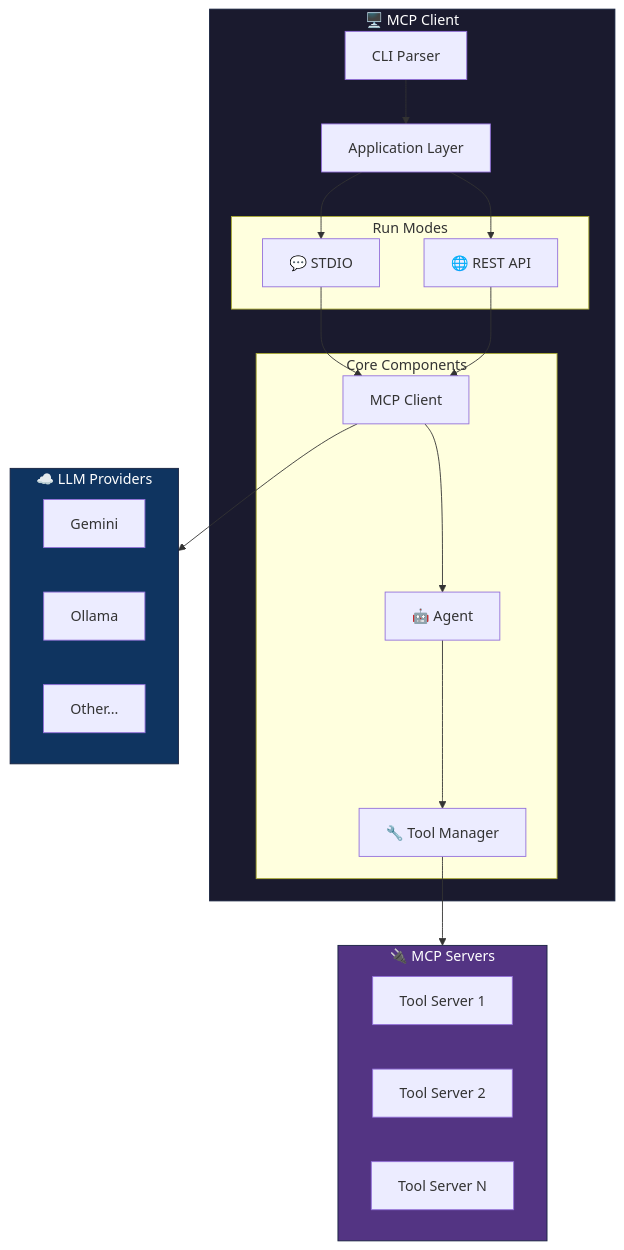
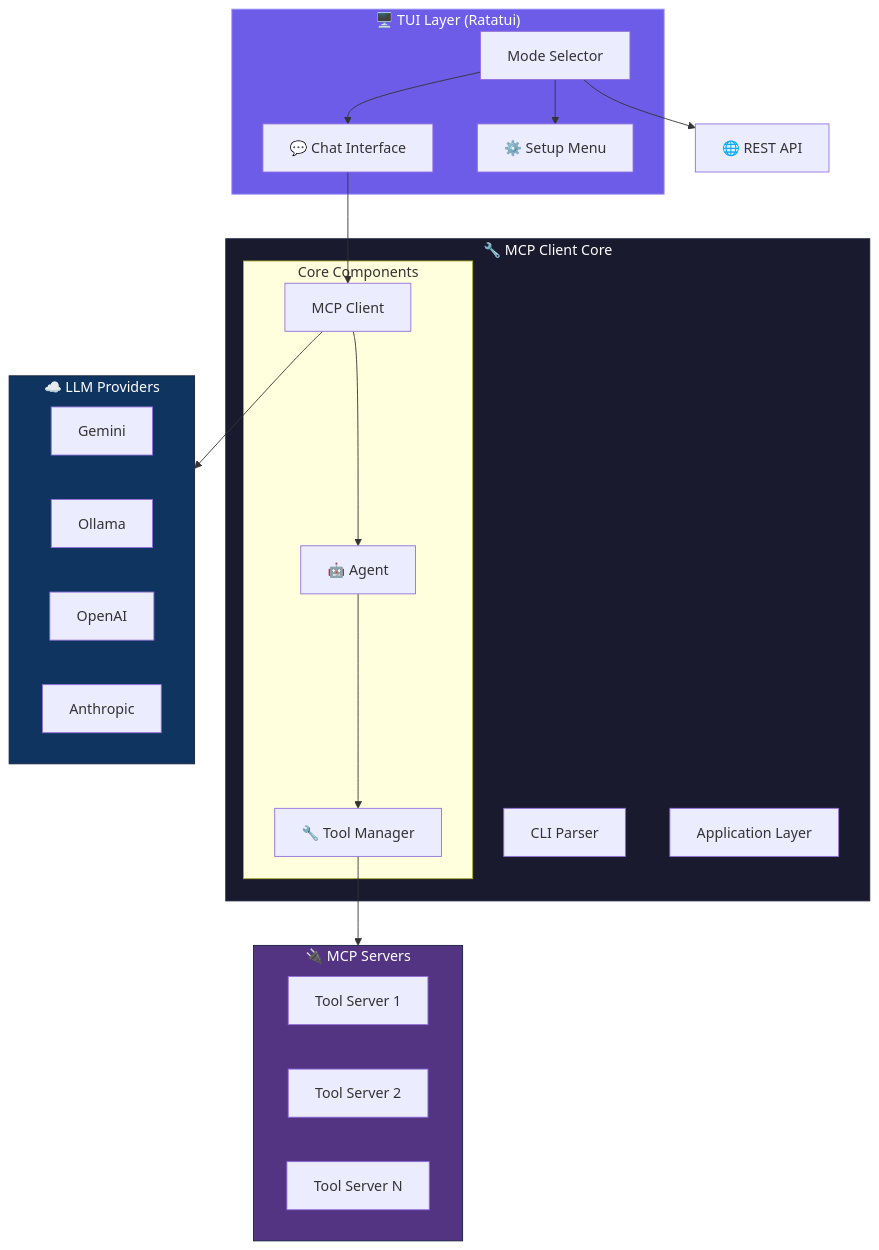
One commit to tsfarizi/antikhitera-mcp-client changed the first of 8 diagrams in README.md. Above: the diagram before and after it, drawn with Mermaid. The commit also changed other lines of this file and 1 other file, not shown here.

````diff
--- a/README.md
+++ b/README.md
@@ -36,44 +39,46 @@
 ```mermaid
 graph TB
-    subgraph Client["🖥️ MCP Client"]
+    subgraph TUI["🖥️ TUI Layer (Ratatui)"]
+        MENU["Mode Selector"]
+        CHAT["💬 Chat Interface"]
+        SETUP["⚙️ Setup Menu"]
+    end
+    
+    subgraph Client["🔧 MCP Client Core"]
         CLI["CLI Parser"]
         APP["Application Layer"]
-        
-        subgraph Modes["Run Modes"]
-            STDIO["💬 STDIO"]
-            REST["🌐 REST API"]
-        end
         
         subgraph Core["Core Components"]
             AGENT["🤖 Agent"]
             MCPC["MCP Client"]
             TOOL["🔧 Tool Manager"]
         end
     end
     
     subgraph Providers["☁️ LLM Providers"]
         GEMINI["Gemini"]
         OLLAMA["Ollama"]
-        OTHER["Other..."]
+        OPENAI["OpenAI"]
+        ANTHROPIC["Anthropic"]
     end
     
     subgraph Servers["🔌 MCP Servers"]
         SRV1["Tool Server 1"]
         SRV2["Tool Server 2"]
         SRVN["Tool Server N"]
     end
     
-    CLI --> APP
-    APP --> STDIO
-    APP --> REST
-    STDIO --> MCPC
-    REST --> MCPC
+    MENU --> CHAT
+    MENU --> SETUP
+    MENU --> REST["🌐 REST API"]
+    CHAT --> MCPC
     MCPC --> AGENT
     AGENT --> TOOL
     MCPC --> Providers
     TOOL --> Servers
     
+    style TUI fill:#6c5ce7,stroke:#a29bfe,color:#fff
     style Client fill:#1a1a2e,stroke:#16213e,color:#fff
     style Providers fill:#0f3460,stroke:#16213e,color:#fff
     style Servers fill:#533483,stroke:#16213e,color:#fff
 ```
````
